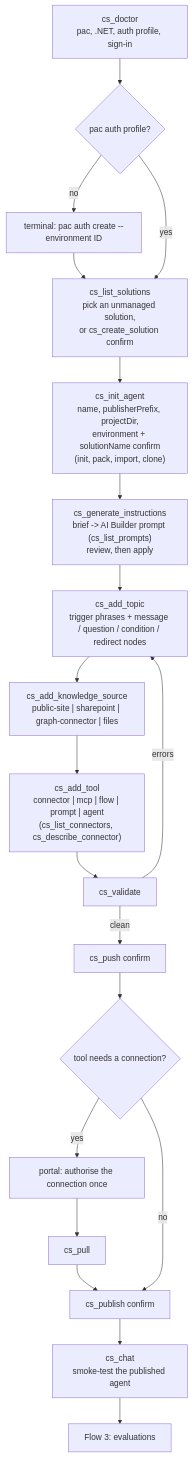
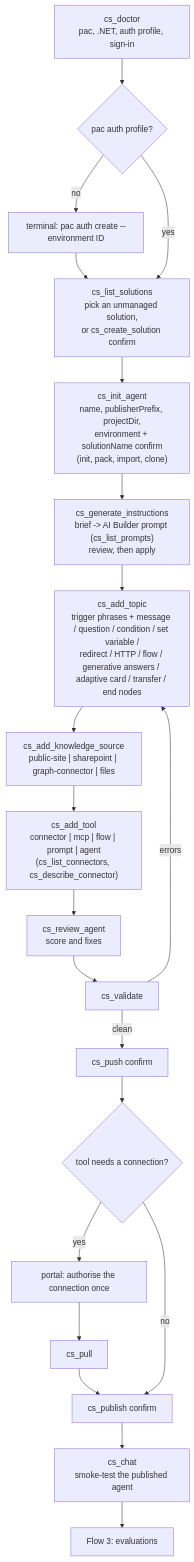
Before and after one commit to jgt87/copilot-studio-mcp: the second of 10 diagrams in docs/flows.md, drawn with Mermaid. The commit also changed other lines of this file and 8 other files, not shown here.

````diff
--- a/docs/flows.md
+++ b/docs/flows.md
@@ -29,19 +29,20 @@
 ```mermaid
 flowchart TD
     A["cs_doctor<br/>pac, .NET, auth profile, sign-in"] --> B{"pac auth profile?"}
     B -- no --> B1["terminal: pac auth create --environment ID"] --> S
     B -- yes --> S["cs_list_solutions<br/>pick an unmanaged solution,<br/>or cs_create_solution confirm"]
     S --> C["cs_init_agent<br/>name, publisherPrefix, projectDir,<br/>environment + solutionName confirm<br/>(init, pack, import, clone)"]
     C --> D["cs_generate_instructions<br/>brief -> AI Builder prompt (cs_list_prompts)<br/>review, then apply"]
-    D --> E["cs_add_topic<br/>trigger phrases + message / question / condition / redirect nodes"]
+    D --> E["cs_add_topic<br/>trigger phrases + message / question / condition / set variable /<br/>redirect / HTTP / flow / generative answers / adaptive card / transfer / end nodes"]
     E --> F["cs_add_knowledge_source<br/>public-site | sharepoint | graph-connector | files"]
     F --> G["cs_add_tool<br/>connector | mcp | flow | prompt | agent<br/>(cs_list_connectors, cs_describe_connector)"]
-    G --> H["cs_validate"]
+    G --> R["cs_review_agent<br/>score and fixes"]
+    R --> H["cs_validate"]
     H -- errors --> E
     H -- clean --> I["cs_push confirm"]
     I --> J{"tool needs a connection?"}
     J -- yes --> J1["portal: authorise the connection once"] --> J2["cs_pull"] --> K
     J -- no --> K["cs_publish confirm"]
     K --> L["cs_chat<br/>smoke-test the published agent"]
     L --> M["Flow 3: evaluations"]
 ```
````
